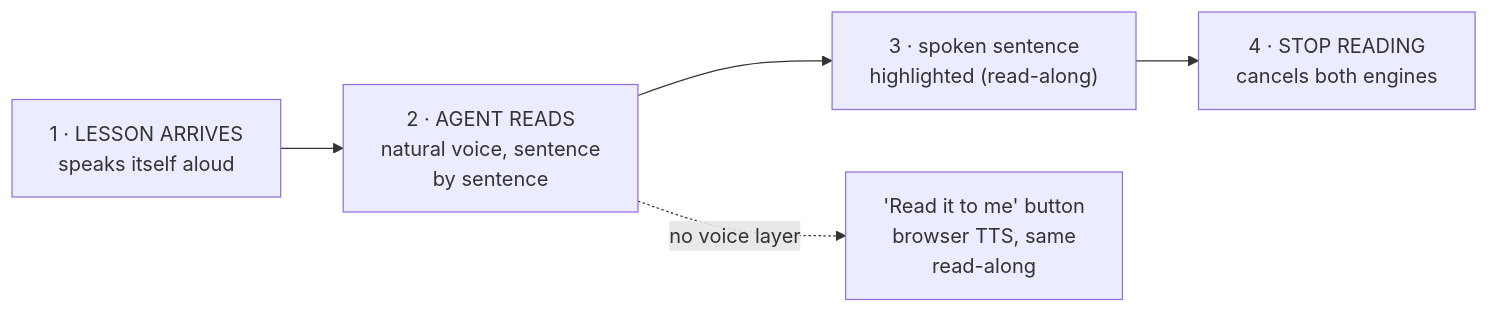
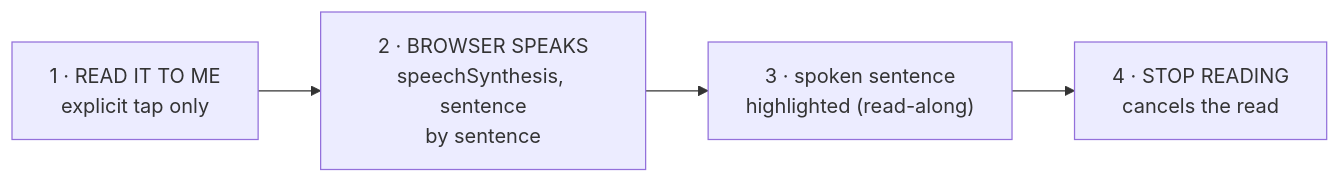
Before and after one commit to redwivision/Kiftet: diagram 14 of 15 in docs/howItWorks/dataflow.md, drawn with Mermaid. The commit also changed other lines of this file and 26 other files, not shown here.

First line of the commit message:
feat(web): replace Voxide with browser speech and gate voice to sign-in

````diff
--- a/docs/howItWorks/dataflow.md
+++ b/docs/howItWorks/dataflow.md
@@ -455,7 +455,6 @@
 ```mermaid
 flowchart LR
-  A["1 · LESSON ARRIVES<br/>speaks itself aloud"] --> B["2 · AGENT READS<br/>natural voice, sentence<br/>by sentence"]
+  A["1 · READ IT TO ME<br/>explicit tap only"] --> B["2 · BROWSER SPEAKS<br/>speechSynthesis, sentence<br/>by sentence"]
   B --> C["3 · spoken sentence<br/>highlighted (read-along)"]
-  C --> D["4 · STOP READING<br/>cancels both engines"]
-  B -. "no voice layer" .-> E["'Read it to me' button<br/>browser TTS, same<br/>read-along"]
+  C --> D["4 · STOP READING<br/>cancels the read"]
 ```
````
